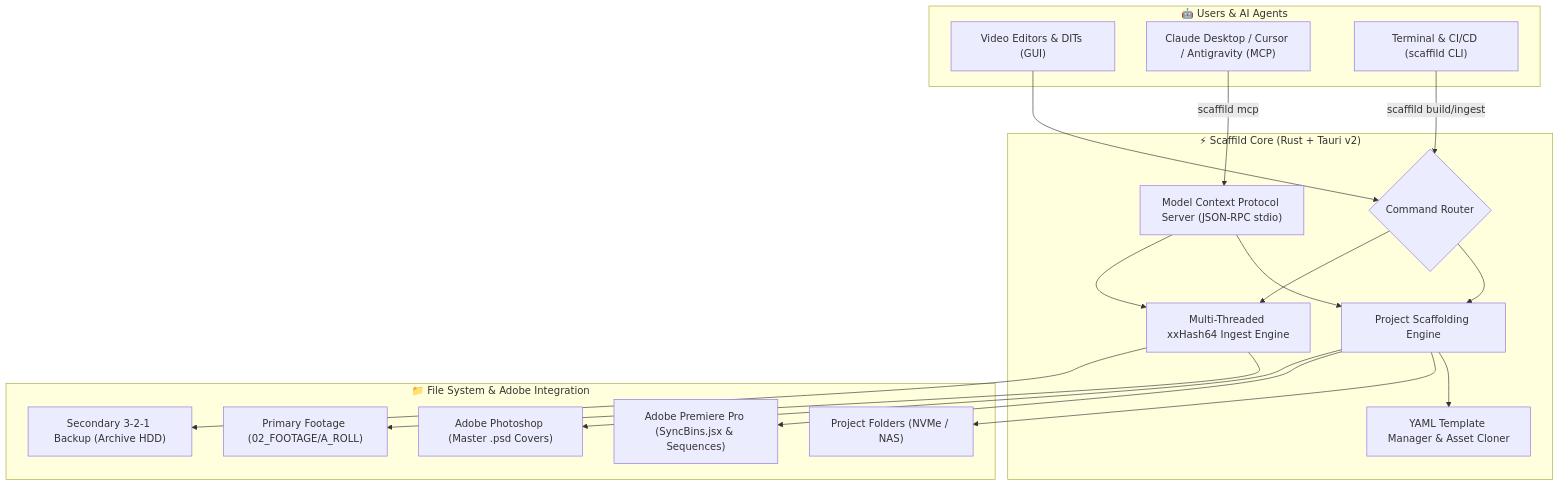
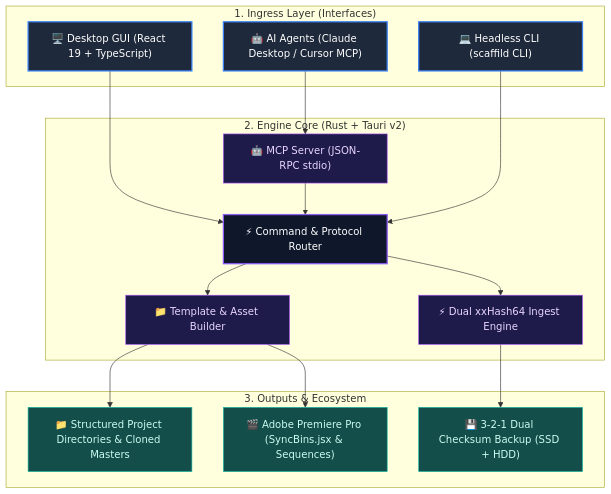
The diagram in README.md (kcoaguila-dev/scaffild), drawn with Mermaid before and after one commit. The commit also changed other lines of this file, not shown here.

Commit message:
docs: streamline and beautify system architecture diagram

````diff
--- a/README.md
+++ b/README.md
@@ -30,38 +30,38 @@
 ```mermaid
-flowchart TD
-    subgraph CLIENTS["🤖 Users & AI Agents"]
-        U["Video Editors & DITs (GUI)"]
-        AI["Claude Desktop / Cursor / Antigravity (MCP)"]
-        CLI["Terminal & CI/CD (scaffild CLI)"]
+graph TD
+    classDef client fill:#1e293b,stroke:#3b82f6,stroke-width:2px,color:#fff;
+    classDef core fill:#0f172a,stroke:#8b5cf6,stroke-width:2px,color:#fff;
+    classDef engine fill:#1e1b4b,stroke:#a855f7,stroke-width:1px,color:#e9d5ff;
+    classDef output fill:#134e4a,stroke:#14b8a6,stroke-width:1px,color:#ccfbf1;
+
+    subgraph INGRESS["1. Ingress Layer (Interfaces)"]
+        UI["🖥️ Desktop GUI (React 19 + TypeScript)"]:::client
+        AI["🤖 AI Agents (Claude Desktop / Cursor MCP)"]:::client
+        CLI["💻 Headless CLI (scaffild CLI)"]:::client
     end
 
-    subgraph ENGINE["⚡ Scaffild Core (Rust + Tauri v2)"]
-        ROUTER{"Command Router"}
-        MCP_SERVER["Model Context Protocol Server (JSON-RPC stdio)"]
-        BUILDER["Project Scaffolding Engine"]
-        INGEST["Multi-Threaded xxHash64 Ingest Engine"]
-        TEMPLATES["YAML Template Manager & Asset Cloner"]
+    subgraph CORE["2. Engine Core (Rust + Tauri v2)"]
+        ROUTER["⚡ Command & Protocol Router"]:::core
+        MCP["🤖 MCP Server (JSON-RPC stdio)"]:::engine
+        SCAFFOLD["📁 Template & Asset Builder"]:::engine
+        DIT["⚡ Dual xxHash64 Ingest Engine"]:::engine
     end
 
-    subgraph OUTPUTS["📁 File System & Adobe Integration"]
-        DISK["Project Folders (NVMe / NAS)"]
-        PRIMARY["Primary Footage (02_FOOTAGE/A_ROLL)"]
-        BACKUP["Secondary 3-2-1 Backup (Archive HDD)"]
-        PREMIERE["Adobe Premiere Pro (SyncBins.jsx & Sequences)"]
-        PHOTOSHOP["Adobe Photoshop (Master .psd Covers)"]
+    subgraph EGRESS["3. Outputs & Ecosystem"]
+        FILES["📁 Structured Project Directories & Cloned Masters"]:::output
+        STORAGE["💾 3-2-1 Dual Checksum Backup (SSD + HDD)"]:::output
+        PREMIERE["🎬 Adobe Premiere Pro (SyncBins.jsx & Sequences)"]:::output
     end
 
-    U --> ROUTER
-    AI -->|scaffild mcp| MCP_SERVER
-    CLI -->|scaffild build/ingest| ROUTER
-    ROUTER --> BUILDER
-    ROUTER --> INGEST
-    MCP_SERVER --> BUILDER
-    MCP_SERVER --> INGEST
-    BUILDER --> TEMPLATES
-    BUILDER --> DISK
-    BUILDER --> PREMIERE
-    BUILDER --> PHOTOSHOP
-    INGEST --> PRIMARY
-    INGEST --> BACKUP
+    UI --> ROUTER
+    AI --> MCP
+    CLI --> ROUTER
+    MCP --> ROUTER
+
+    ROUTER --> SCAFFOLD
+    ROUTER --> DIT
+
+    SCAFFOLD --> FILES
+    SCAFFOLD --> PREMIERE
+    DIT --> STORAGE
 ```
````
